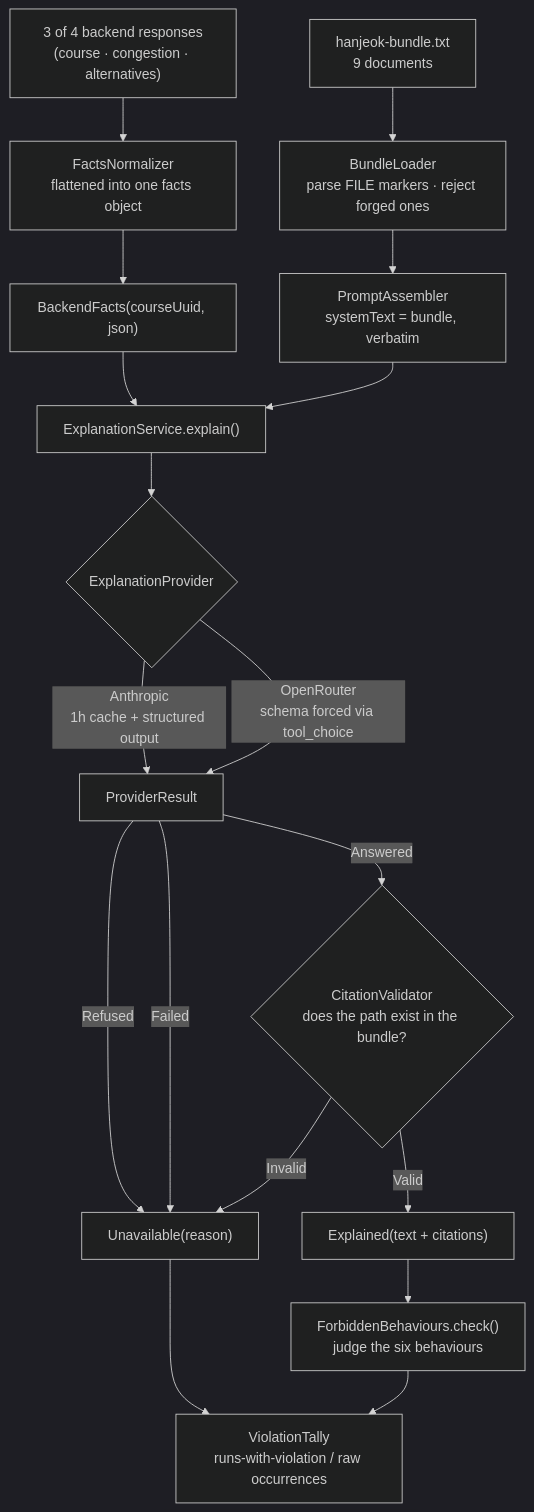
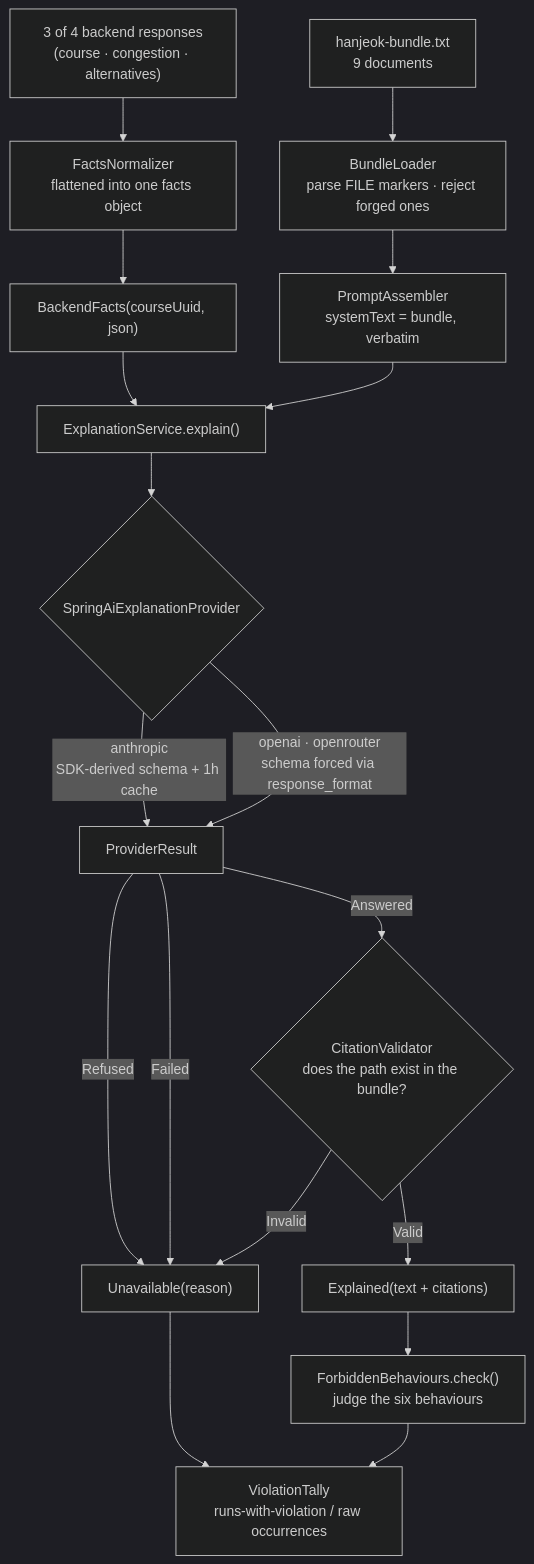
Before and after one commit to hyunolike/hermes-agent: the diagram in README.en.md, drawn with Mermaid (dark theme). The commit also changed other lines of this file, not shown here.

First line of the commit message:
docs: bring README.en.md's provider description in line with the code

````diff
--- a/README.en.md
+++ b/README.en.md
@@ -66,26 +68,26 @@
 ```mermaid
 flowchart TD
     A["3 of 4 backend responses<br/>(course · congestion · alternatives)"] --> B["FactsNormalizer<br/>flattened into one facts object"]
     B --> C["BackendFacts(courseUuid, json)"]
 
     D["hanjeok-bundle.txt<br/>9 documents"] --> E["BundleLoader<br/>parse FILE markers · reject forged ones"]
     E --> F["PromptAssembler<br/>systemText = bundle, verbatim"]
 
     C --> G["ExplanationService.explain()"]
     F --> G
 
-    G --> H{"ExplanationProvider"}
-    H -->|"Anthropic<br/>1h cache + structured output"| I["ProviderResult"]
-    H -->|"OpenRouter<br/>schema forced via tool_choice"| I
+    G --> H{"SpringAiExplanationProvider"}
+    H -->|"anthropic<br/>SDK-derived schema + 1h cache"| I["ProviderResult"]
+    H -->|"openai · openrouter<br/>schema forced via response_format"| I
 
     I -->|Refused| X["Unavailable(reason)"]
     I -->|Failed| X
     I -->|Answered| J{"CitationValidator<br/>does the path exist in the bundle?"}
 
     J -->|Invalid| X
     J -->|Valid| K["Explained(text + citations)"]
 
     K --> L["ForbiddenBehaviours.check()<br/>judge the six behaviours"]
     X --> M["ViolationTally<br/>runs-with-violation / raw occurrences"]
     L --> M
 ```
````
